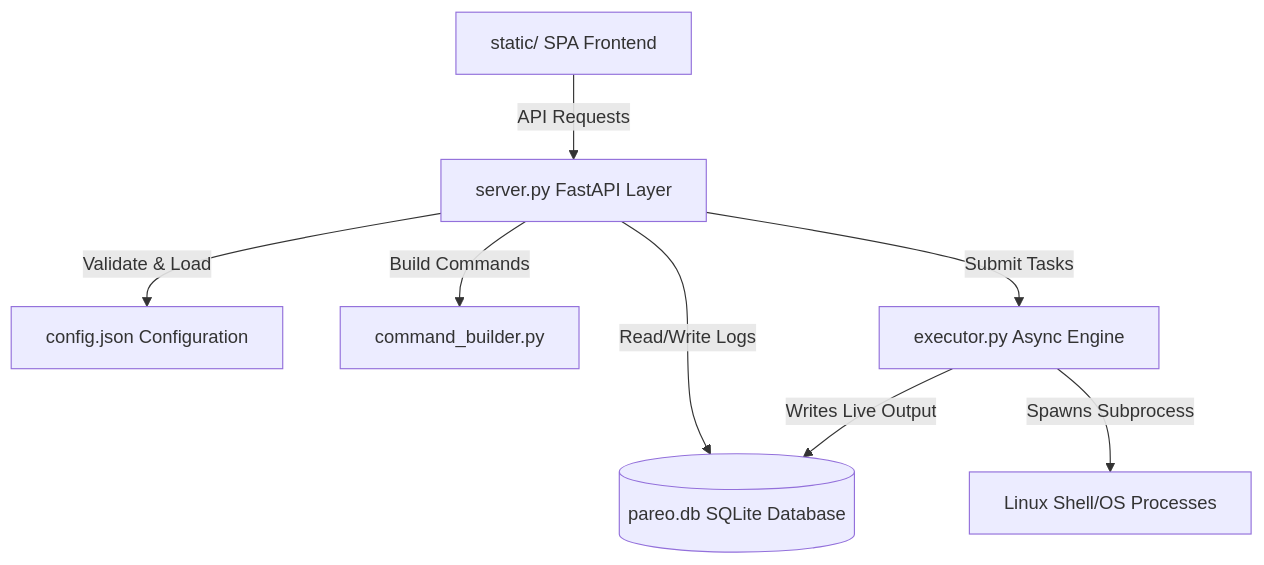
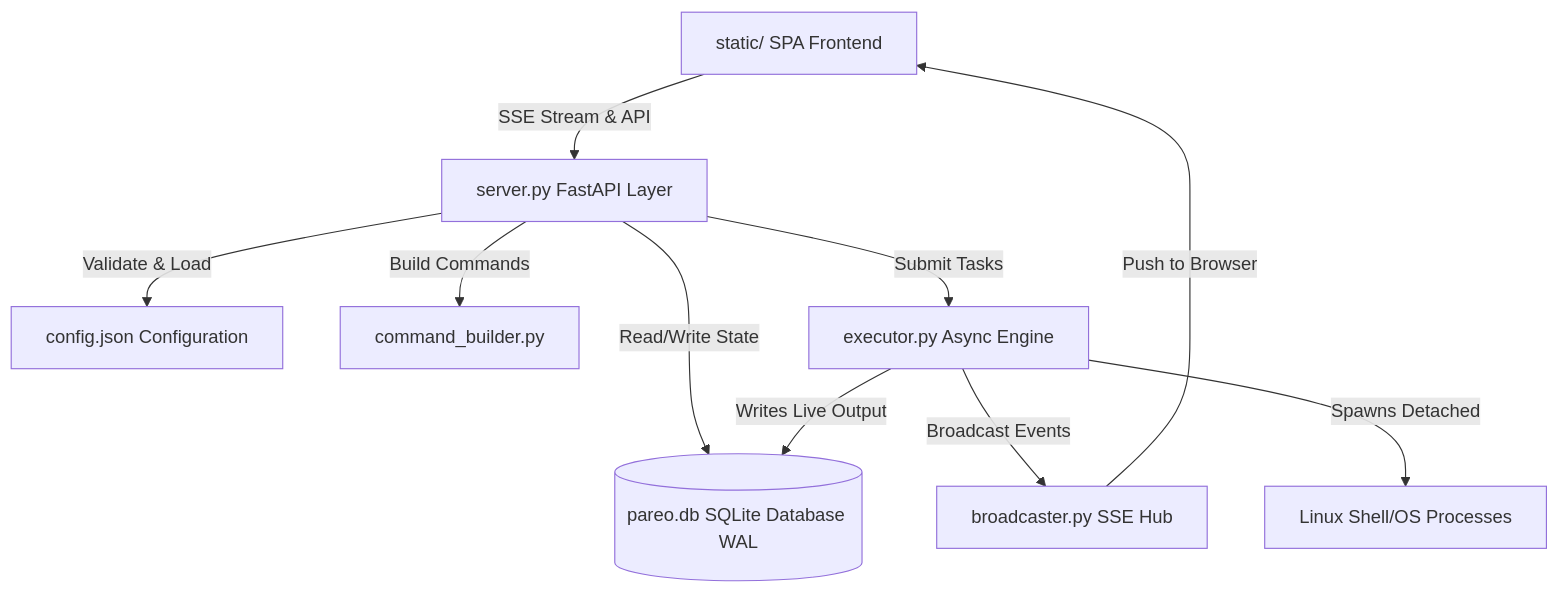
The diagram in README.md (wereboss/pareo), drawn with Mermaid before and after one commit. The commit also changed other lines of this file and 28 other files, not shown here.

Commit message:
feat(mvp1): implement Pareo V2 MVP 1 - Foundation, Async SSE Engine & Dual Bespoke Themes

````diff
--- a/README.md
+++ b/README.md
@@ -47,10 +56,12 @@
 ```mermaid
 graph TD
-    UI[static/ SPA Frontend] -->|API Requests| API[server.py FastAPI Layer]
+    UI[static/ SPA Frontend] -->|SSE Stream & API| API[server.py FastAPI Layer]
     API -->|Validate & Load| CFG[config.json Configuration]
-    API -->|Read/Write Logs| DB[(pareo.db SQLite Database)]
+    API -->|Read/Write State| DB[(pareo.db SQLite Database WAL)]
     API -->|Build Commands| CB[command_builder.py]
     API -->|Submit Tasks| EX[executor.py Async Engine]
+    EX -->|Broadcast Events| SSE[broadcaster.py SSE Hub]
+    SSE -->|Push to Browser| UI
     EX -->|Writes Live Output| DB
-    EX -->|Spawns Subprocess| OS[Linux Shell/OS Processes]
+    EX -->|Spawns Detached| OS[Linux Shell/OS Processes]
 ```
````
